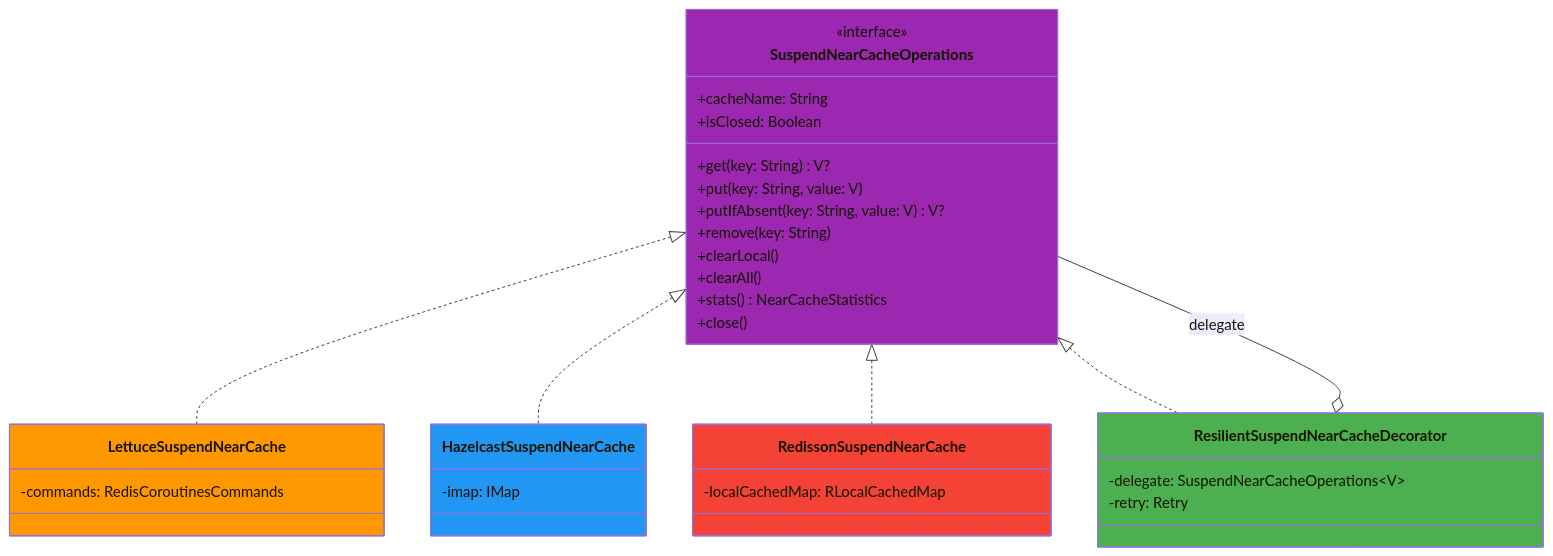
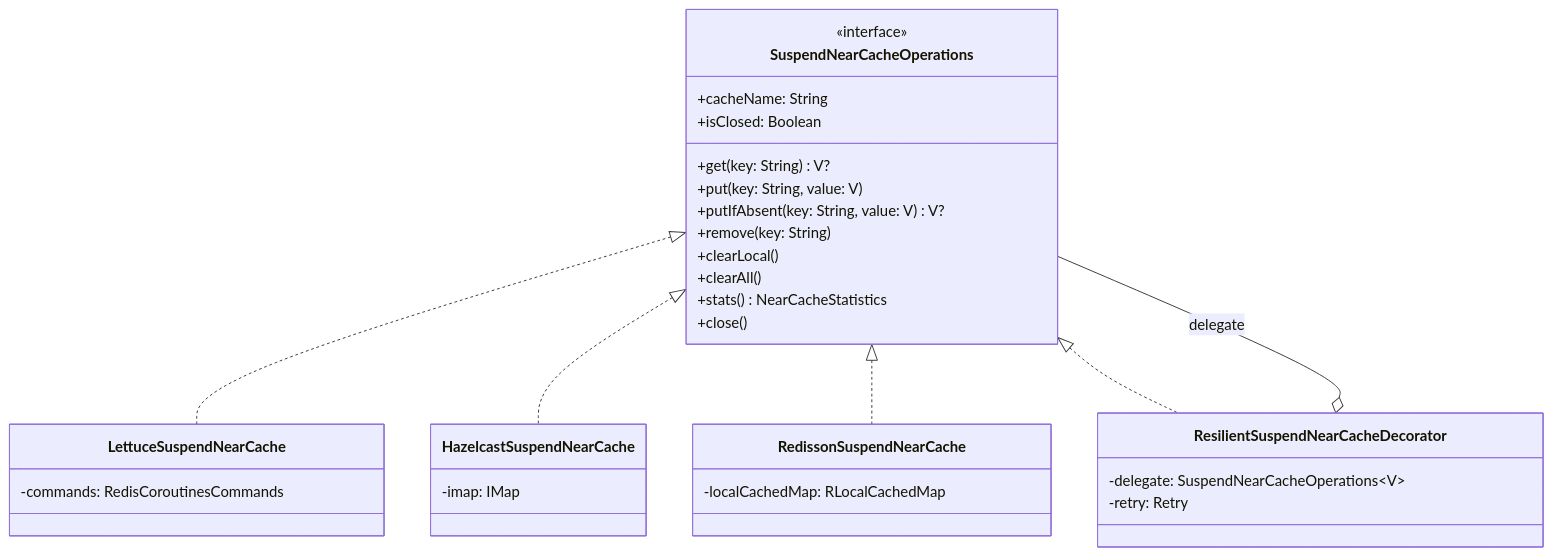
Before and after one commit to bluetape4k/bluetape4k-projects: the fourth of 7 diagrams in infra/cache-core/README.md, drawn with Mermaid. The commit also changed other lines of this file and 95 other files, not shown here.

First line of the commit message:
docs: Mermaid 파서 오류 전체 수정 (IntelliJ IDEA 호환)

````diff
--- a/infra/cache-core/README.md
+++ b/infra/cache-core/README.md
@@ -151,46 +145,40 @@
 ```mermaid
 classDiagram
-    class SuspendNearCacheOperations:::abstractStyle {
+    class SuspendNearCacheOperations {
         <<interface>>
         +cacheName: String
         +isClosed: Boolean
         +get(key: String) V?
         +put(key: String, value: V)
         +putIfAbsent(key: String, value: V) V?
         +remove(key: String)
         +clearLocal()
         +clearAll()
         +stats() NearCacheStatistics
         +close()
     }
 
-    class ResilientSuspendNearCacheDecorator:::serviceStyle {
+    class ResilientSuspendNearCacheDecorator {
         -delegate: SuspendNearCacheOperations~V~
         -retry: Retry
     }
 
-    class LettuceSuspendNearCache:::redisStyle {
+    class LettuceSuspendNearCache {
         -commands: RedisCoroutinesCommands
     }
 
-    class HazelcastSuspendNearCache:::clientStyle {
+    class HazelcastSuspendNearCache {
         -imap: IMap
     }
 
-    class RedissonSuspendNearCache:::cacheStyle {
+    class RedissonSuspendNearCache {
         -localCachedMap: RLocalCachedMap
     }
 
     SuspendNearCacheOperations <|.. LettuceSuspendNearCache
     SuspendNearCacheOperations <|.. HazelcastSuspendNearCache
     SuspendNearCacheOperations <|.. RedissonSuspendNearCache
     SuspendNearCacheOperations <|.. ResilientSuspendNearCacheDecorator
     SuspendNearCacheOperations --o ResilientSuspendNearCacheDecorator : delegate
 
-    classDef cacheStyle   fill:#F44336
-    classDef redisStyle   fill:#FF9800
-    classDef infraStyle   fill:#607D8B
-    classDef clientStyle  fill:#2196F3
-    classDef abstractStyle fill:#9C27B0
-    classDef serviceStyle fill:#4CAF50
 ```
````
